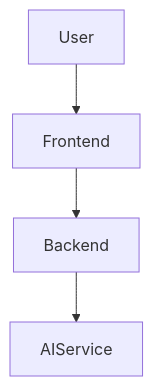
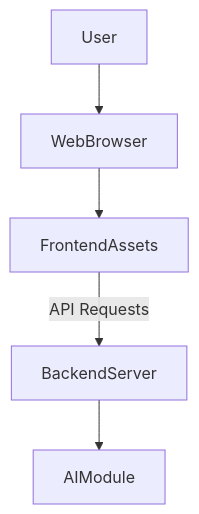
The first of 2 diagrams in README.md (yogithasivakumar/FocusZen), drawn with Mermaid before and after one commit. The commit also changed other lines of this file, not shown here.

````diff
--- a/README.md
+++ b/README.md
@@ -11,6 +11,7 @@
 ```mermaid
 flowchart TD
-    User --> Frontend
-    Frontend --> Backend
-    Backend --> AIService
+    User --> WebBrowser
+    WebBrowser --> FrontendAssets
+    FrontendAssets -- API Requests --> BackendServer
+    BackendServer --> AIModule
 ```
````
